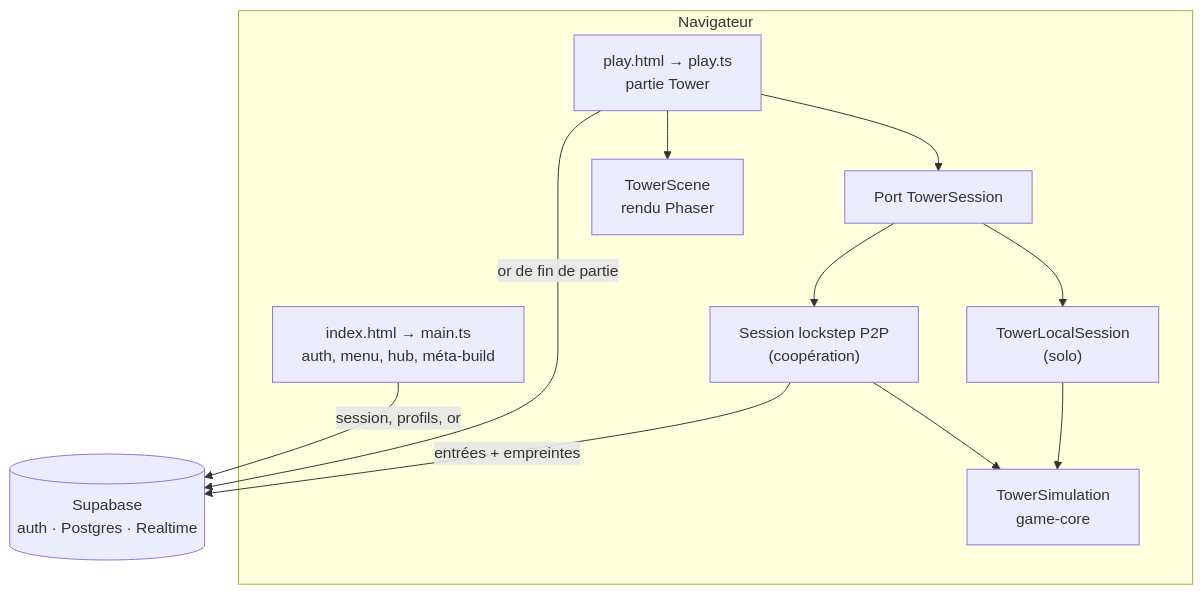
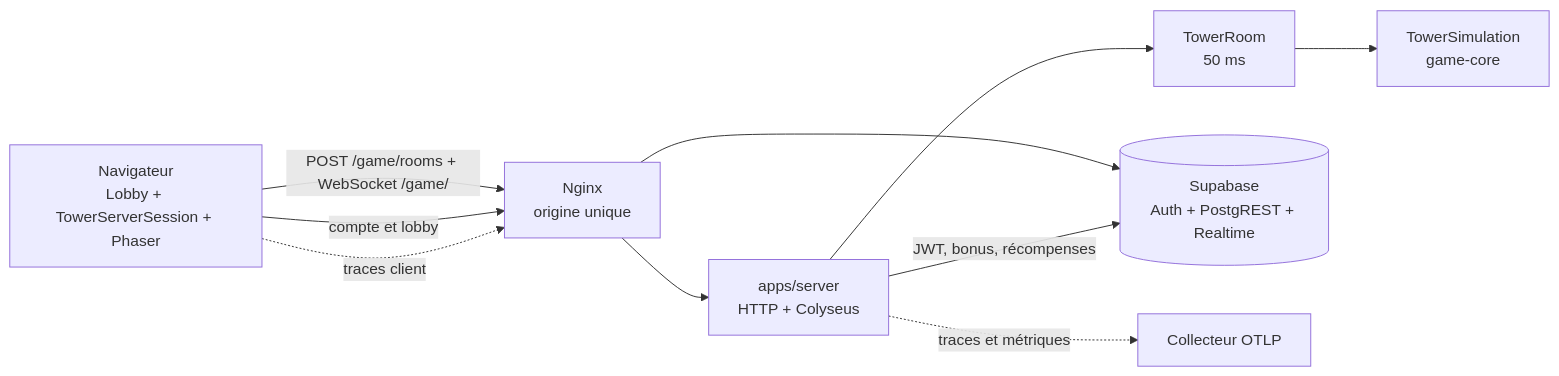
The diagram in docs/architecture.md (Gayar78/village-survivor), drawn with Mermaid before and after one commit. The commit also changed other lines of this file and 9 other files, not shown here.

````diff
--- a/docs/architecture.md
+++ b/docs/architecture.md
@@ -23,16 +22,18 @@
 ```mermaid
-flowchart TD
-    subgraph Navigateur
-      Lobby["index.html → main.ts\nauth, menu, hub, méta-build"]
-      Jeu["play.html → play.ts\npartie Tower"]
-      Jeu --> Port["Port TowerSession"]
-      Port --> Local["TowerLocalSession\n(solo)"]
-      Port --> Coop["Session lockstep P2P\n(coopération)"]
-      Local --> Core["TowerSimulation\ngame-core"]
-      Coop --> Core
-      Jeu --> Scene["TowerScene\nrendu Phaser"]
-    end
-    Lobby -->|"session, profils, or"| Supabase[("Supabase\nauth · Postgres · Realtime")]
-    Coop -->|"entrées + empreintes"| Supabase
-    Jeu -->|"or de fin de partie"| Supabase
+flowchart LR
+    Browser["Navigateur\nLobby + TowerServerSession + Phaser"]
+    Gateway["Nginx\norigine unique"]
+    Server["apps/server\nHTTP + Colyseus"]
+    Room["TowerRoom\n50 ms"]
+    Core["TowerSimulation\ngame-core"]
+    DB[("Supabase\nAuth + PostgREST + Realtime")]
+    OTel["Collecteur OTLP"]
+
+    Browser -->|"POST /game/rooms + WebSocket /game/"| Gateway
+    Gateway --> Server
+    Server --> Room --> Core
+    Browser -->|"compte et lobby"| Gateway --> DB
+    Server -->|"JWT, bonus, récompenses"| DB
+    Browser -. "traces client" .-> Gateway
+    Server -. "traces et métriques" .-> OTel
 ```
````
